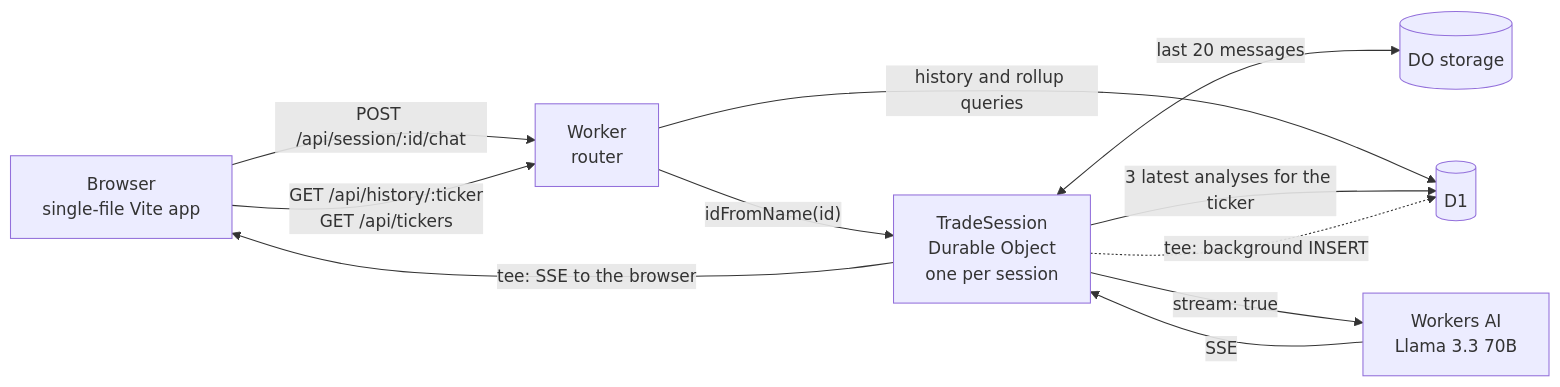
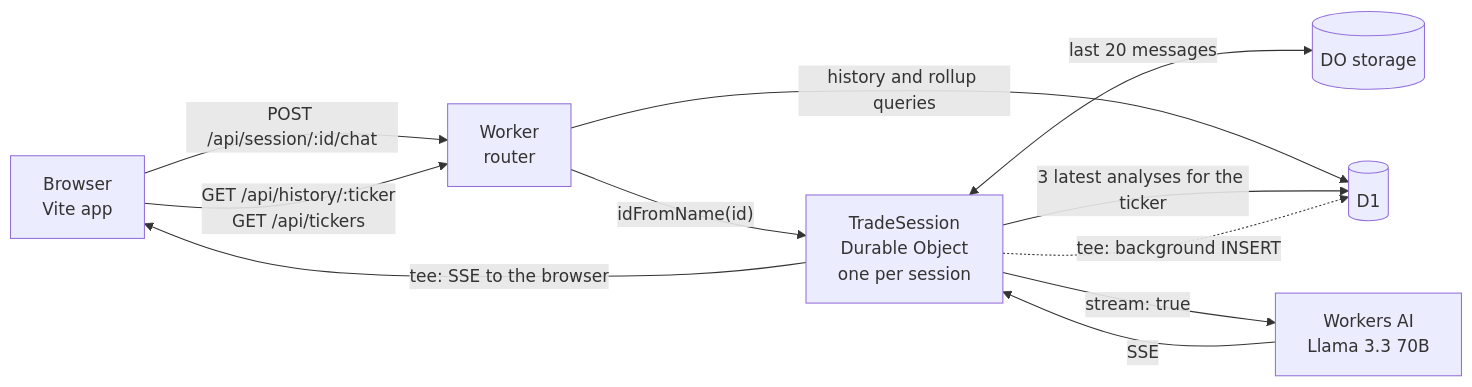
One commit to lokaz-c/cf_ai_tradedesk changed the diagram in README.md. Above: the diagram before and after it, drawn with Mermaid. The commit also changed other lines of this file, not shown here.

````diff
--- a/README.md
+++ b/README.md
@@ -13,13 +13,13 @@
 ```mermaid
 flowchart LR
-    B["Browser<br>single-file Vite app"] -->|"POST /api/session/:id/chat"| W["Worker<br>router"]
+    B["Browser<br>Vite app"] -->|"POST /api/session/:id/chat"| W["Worker<br>router"]
     B -->|"GET /api/history/:ticker<br>GET /api/tickers"| W
     W -->|"idFromName(id)"| DO["TradeSession<br>Durable Object<br>one per session"]
     W -->|"history and rollup queries"| D1[("D1")]
     DO <-->|"last 20 messages"| S[("DO storage")]
     DO -->|"3 latest analyses for the ticker"| D1
     DO -->|"stream: true"| AI["Workers AI<br>Llama 3.3 70B"]
     AI -->|"SSE"| DO
     DO -->|"tee: SSE to the browser"| B
     DO -.->|"tee: background INSERT"| D1
 ```
````
